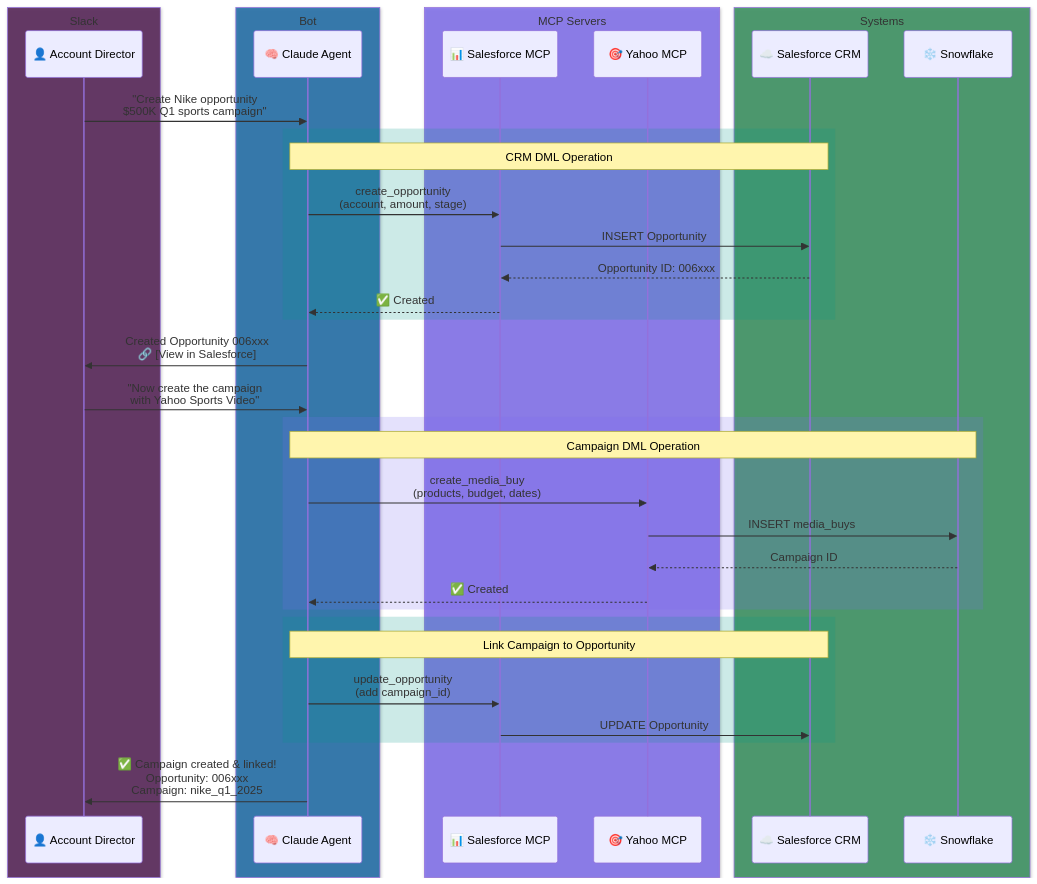
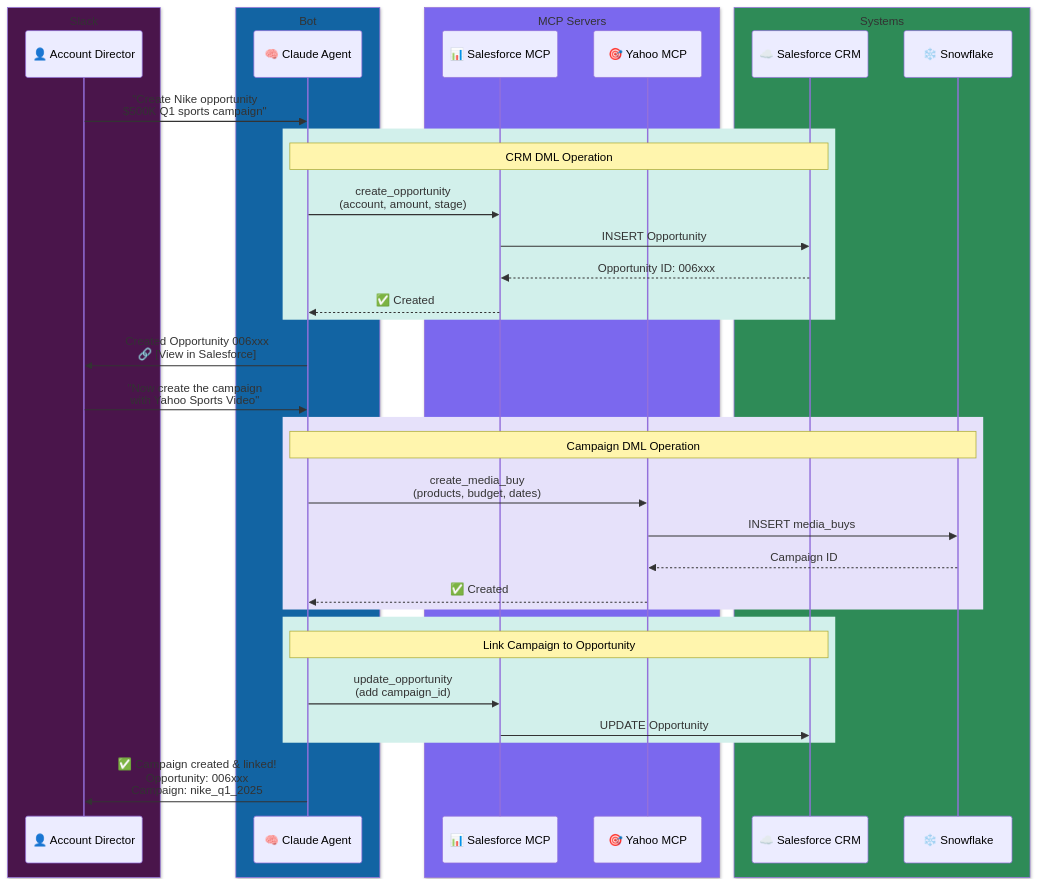
One commit to arupsarkar-sfdc/admcp-media-app changed the eighth of 9 diagrams in yahoo_mcp_server/slack/README.md. Above: the diagram before and after it, drawn with Mermaid. The commit also changed other lines of this file, not shown here.

Commit message:
fix: Convert all rgba to rgb for GitHub Mermaid compatibility

````diff
--- a/yahoo_mcp_server/slack/README.md
+++ b/yahoo_mcp_server/slack/README.md
@@ -592,50 +592,50 @@
 ```mermaid
 sequenceDiagram
-    box rgba(74,21,75,0.8) Slack
+    box rgb(74, 21, 75) Slack
         participant AD as 👤 Account Director
     end
 
-    box rgba(18,100,163,0.8) Bot
+    box rgb(18, 100, 163) Bot
         participant BOT as 🧠 Claude Agent
     end
 
-    box rgba(123,104,238,0.8) MCP Servers
+    box rgb(123, 104, 238) MCP Servers
         participant CRM as 📊 Salesforce MCP
         participant YAHOO as 🎯 Yahoo MCP
     end
 
-    box rgba(46,139,87,0.8) Systems
+    box rgb(46, 139, 87) Systems
         participant SF as ☁️ Salesforce CRM
         participant SNOW as ❄️ Snowflake
     end
 
     AD->>BOT: "Create Nike opportunity<br/>$500K Q1 sports campaign"
 
-    rect rgba(0,150,136,0.2)
+    rect rgb(210, 240, 235)
         Note over BOT,SF: CRM DML Operation
         BOT->>CRM: create_opportunity<br/>(account, amount, stage)
         CRM->>SF: INSERT Opportunity
         SF-->>CRM: Opportunity ID: 006xxx
         CRM-->>BOT: ✅ Created
     end
 
     BOT->>AD: Created Opportunity 006xxx<br/>🔗 [View in Salesforce]
 
     AD->>BOT: "Now create the campaign<br/>with Yahoo Sports Video"
 
-    rect rgba(123,104,238,0.2)
+    rect rgb(230, 225, 250)
         Note over BOT,SNOW: Campaign DML Operation
         BOT->>YAHOO: create_media_buy<br/>(products, budget, dates)
         YAHOO->>SNOW: INSERT media_buys
         SNOW-->>YAHOO: Campaign ID
         YAHOO-->>BOT: ✅ Created
     end
 
-    rect rgba(0,150,136,0.2)
+    rect rgb(210, 240, 235)
         Note over BOT,SF: Link Campaign to Opportunity
         BOT->>CRM: update_opportunity<br/>(add campaign_id)
         CRM->>SF: UPDATE Opportunity
     end
 
     BOT->>AD: ✅ Campaign created & linked!<br/>Opportunity: 006xxx<br/>Campaign: nike_q1_2025
 ```
````
